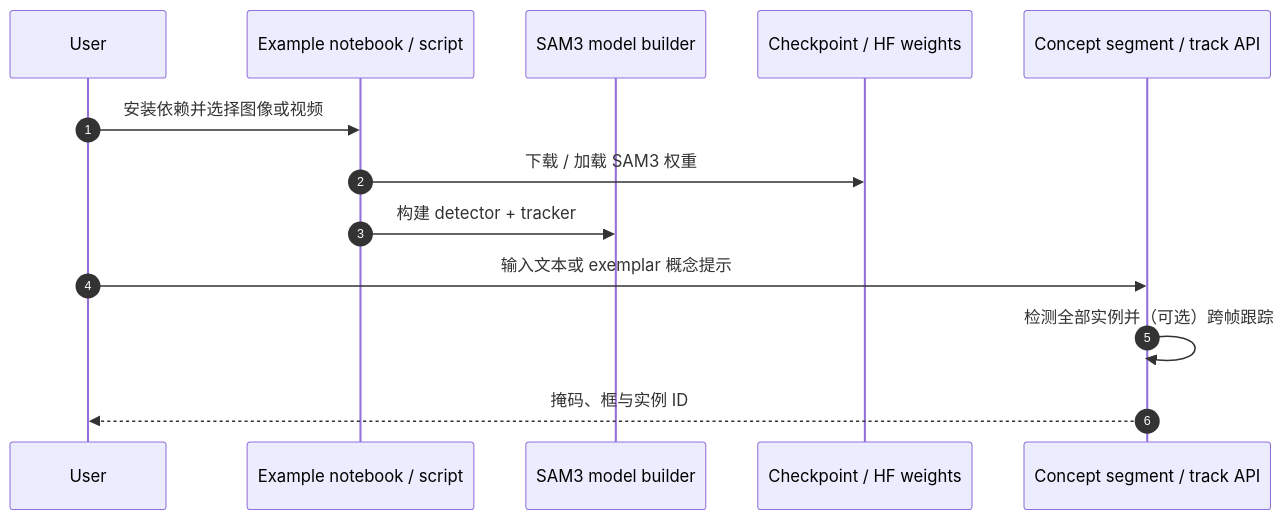
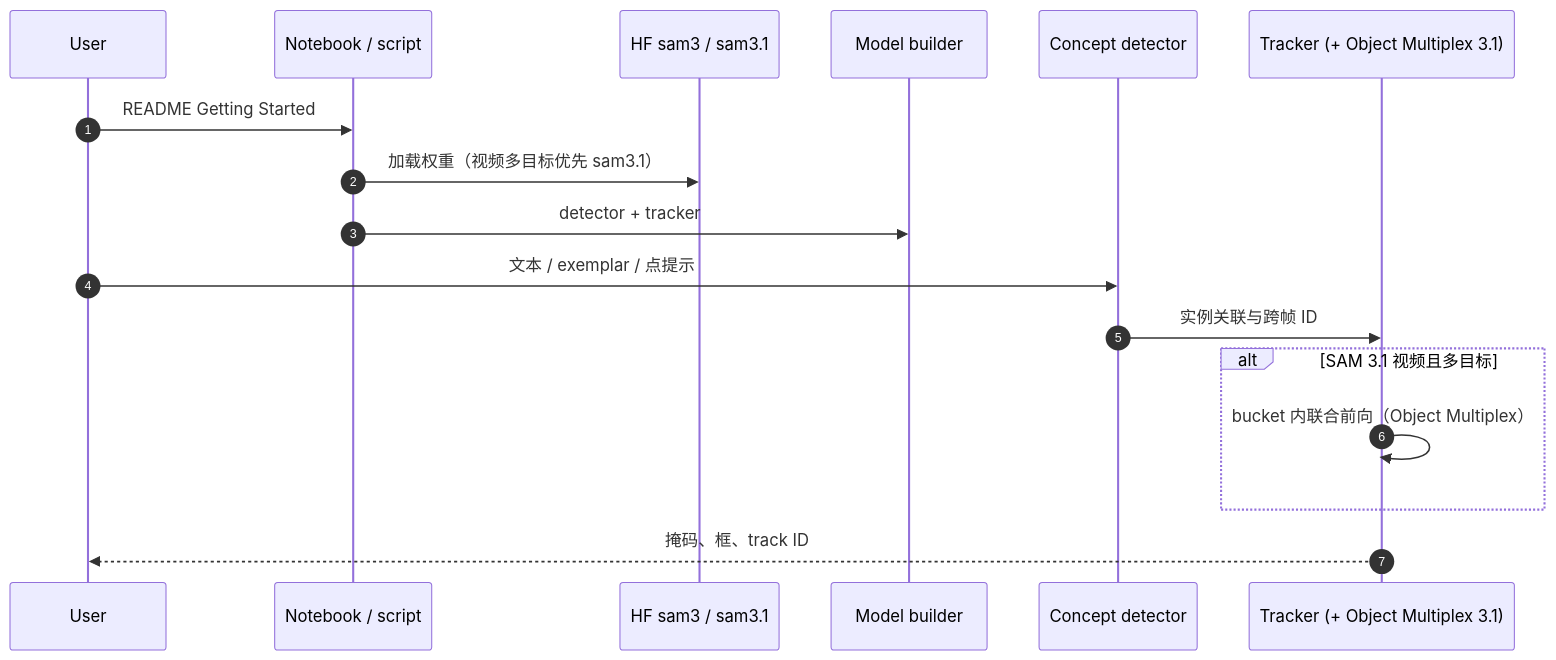
The second of 2 diagrams in wiki/entities/paper-sam3.md (ImChong/Robotics_Notebooks), drawn with Mermaid before and after one commit. The commit also changed other lines of this file and 10 other files, not shown here.

Commit message:
[2026-09-29] ingest | sources/papers/sam3_1_release_2026_03.md — SAM 3.1 Object Multiplex、HF sam3.1 与 paper-sam3 升级 (#2390)

````diff
--- a/wiki/entities/paper-sam3.md
+++ b/wiki/entities/paper-sam3.md
@@ -90,15 +109,19 @@
 ```mermaid
 sequenceDiagram
     autonumber
     participant User
-    participant Notebook as Example notebook / script
-    participant Build as SAM3 model builder
-    participant CKPT as Checkpoint / HF weights
-    participant Infer as Concept segment / track API
-    User->>Notebook: 安装依赖并选择图像或视频
-    Notebook->>CKPT: 下载 / 加载 SAM3 权重
-    Notebook->>Build: 构建 detector + tracker
-    User->>Infer: 输入文本或 exemplar 概念提示
-    Infer->>Infer: 检测全部实例并（可选）跨帧跟踪
-    Infer-->>User: 掩码、框与实例 ID
+    participant NB as Notebook / script
+    participant CKPT as HF sam3 / sam3.1
+    participant Build as Model builder
+    participant Det as Concept detector
+    participant Trk as Tracker (+ Object Multiplex 3.1)
+    User->>NB: README Getting Started
+    NB->>CKPT: 加载权重（视频多目标优先 sam3.1）
+    NB->>Build: detector + tracker
+    User->>Det: 文本 / exemplar / 点提示
+    Det->>Trk: 实例关联与跨帧 ID
+    alt SAM 3.1 视频且多目标
+        Trk->>Trk: bucket 内联合前向（Object Multiplex）
+    end
+    Trk-->>User: 掩码、框、track ID
 ```
````
